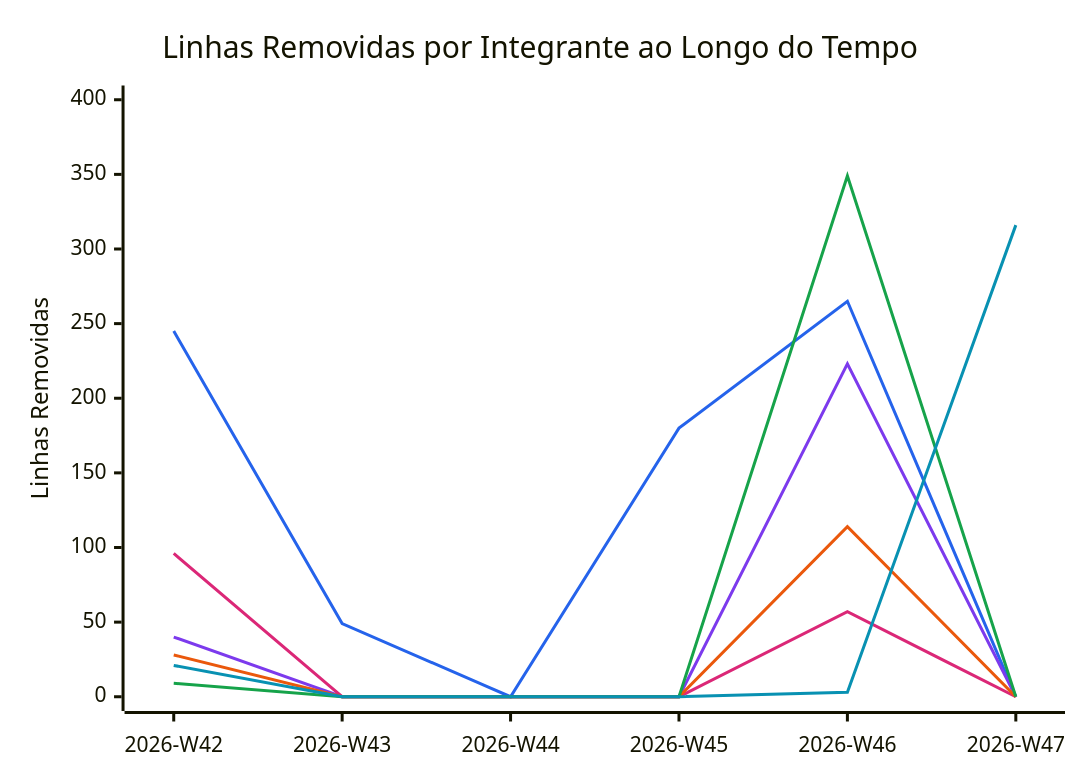
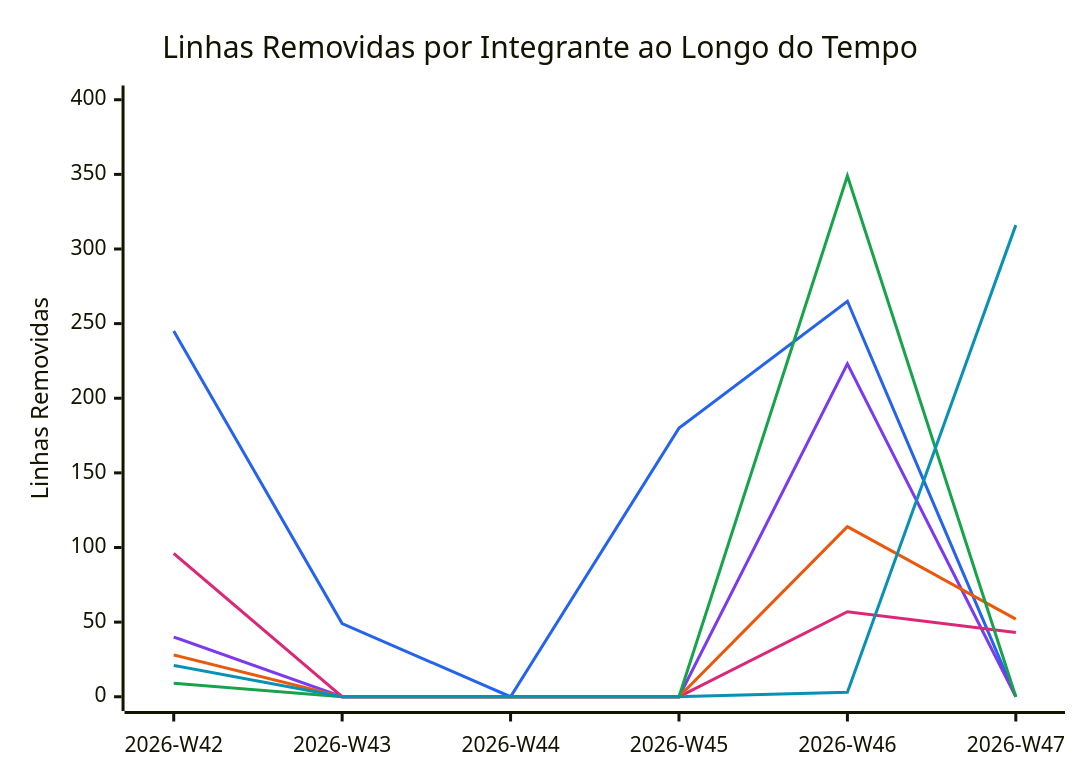
The diagram in snippets/code-deletions.mmd (FCTE-Qualidade-de-Software-1/2026-2_T02_KAY_MCNULTY), drawn with Mermaid before and after one commit. The commit also changed 3 other files, not shown here.

```diff
--- a/snippets/code-deletions.mmd
+++ b/snippets/code-deletions.mmd
@@ -1,11 +1,11 @@
 %%{init: {"themeVariables": {"xyChart": {"plotColorPalette": "#2563eb, #7c3aed, #db2777, #ea580c, #16a34a, #0891b2"}}}}%%
 xychart-beta
     title "Linhas Removidas por Integrante ao Longo do Tempo"
     x-axis ["2026-W42", "2026-W43", "2026-W44", "2026-W45", "2026-W46", "2026-W47"]
     y-axis "Linhas Removidas" 0 --> 400
     line [245, 49, 0, 180, 265, 0]
     line [40, 0, 0, 0, 223, 0]
-    line [96, 0, 0, 0, 57, 0]
-    line [28, 0, 0, 0, 114, 0]
+    line [96, 0, 0, 0, 57, 43]
+    line [28, 0, 0, 0, 114, 52]
     line [9, 0, 0, 0, 349, 0]
     line [21, 0, 0, 0, 3, 316]
```
